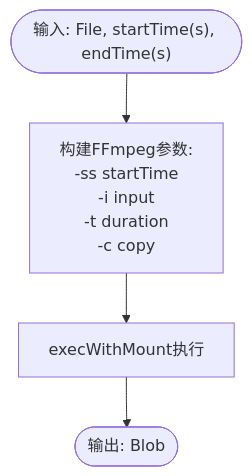
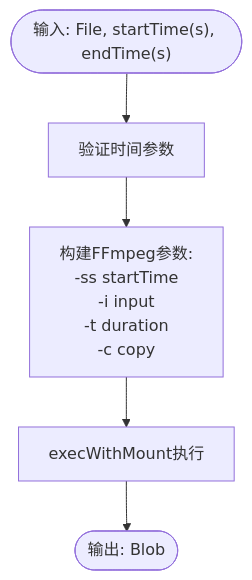
Before and after one commit to sgyy/privadeck: the fourth of 6 diagrams in .qoder/repowiki/zh/content/视频工具/视频修剪工具.md, drawn with Mermaid. The commit also changed other lines of this file and 23 other files, not shown here.

````diff
--- a/.qoder/repowiki/zh/content/视频工具/视频修剪工具.md
+++ b/.qoder/repowiki/zh/content/视频工具/视频修剪工具.md
@@ -179,6 +202,7 @@
 ```mermaid
 flowchart TD
-In(["输入: File, startTime(s), endTime(s)"]) --> BuildArgs["构建FFmpeg参数:<br/>-ss startTime<br/>-i input<br/>-t duration<br/>-c copy"]
+In(["输入: File, startTime(s), endTime(s)"]) --> Validate["验证时间参数"]
+Validate --> BuildArgs["构建FFmpeg参数:<br/>-ss startTime<br/>-i input<br/>-t duration<br/>-c copy"]
 BuildArgs --> Exec["execWithMount执行"]
 Exec --> Out(["输出: Blob"])
 ```
````
